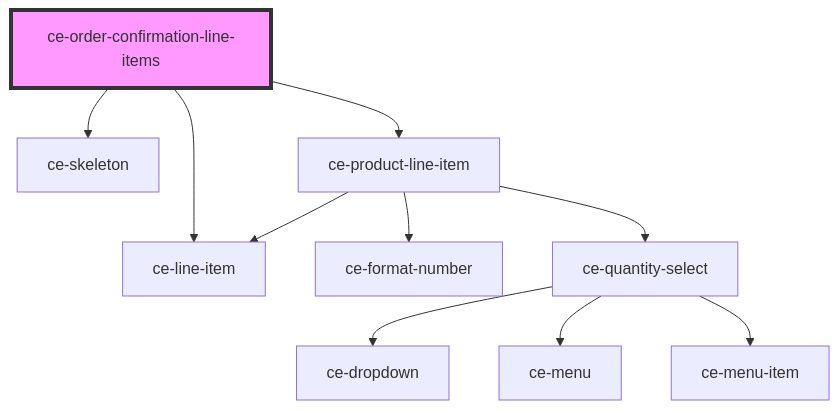
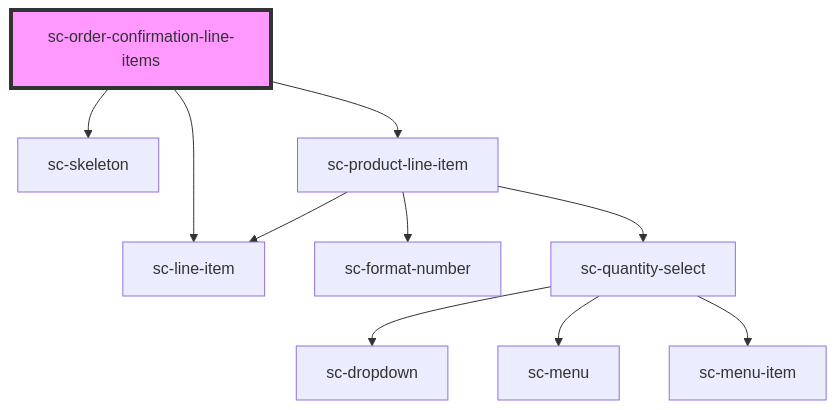
Before and after one commit to surecart/surecart-wp-plugin: the diagram in packages/components/src/components/controllers/confirmation/order-confirmation-line-items/readme.md, drawn with Mermaid. The commit also changed other lines of this file and 1281 other files, not shown here.

````diff
--- a/packages/components/src/components/controllers/confirmation/order-confirmation-line-items/readme.md
+++ b/packages/components/src/components/controllers/confirmation/order-confirmation-line-items/readme.md
@@ -32,13 +32,13 @@
 ```mermaid
 graph TD;
-  ce-order-confirmation-line-items --> ce-line-item
-  ce-order-confirmation-line-items --> ce-skeleton
-  ce-order-confirmation-line-items --> ce-product-line-item
-  ce-product-line-item --> ce-format-number
-  ce-product-line-item --> ce-line-item
-  ce-product-line-item --> ce-quantity-select
-  ce-quantity-select --> ce-dropdown
-  ce-quantity-select --> ce-menu
-  ce-quantity-select --> ce-menu-item
-  style ce-order-confirmation-line-items fill:#f9f,stroke:#333,stroke-width:4px
+  sc-order-confirmation-line-items --> sc-line-item
+  sc-order-confirmation-line-items --> sc-skeleton
+  sc-order-confirmation-line-items --> sc-product-line-item
+  sc-product-line-item --> sc-format-number
+  sc-product-line-item --> sc-line-item
+  sc-product-line-item --> sc-quantity-select
+  sc-quantity-select --> sc-dropdown
+  sc-quantity-select --> sc-menu
+  sc-quantity-select --> sc-menu-item
+  style sc-order-confirmation-line-items fill:#f9f,stroke:#333,stroke-width:4px
 ```
````
